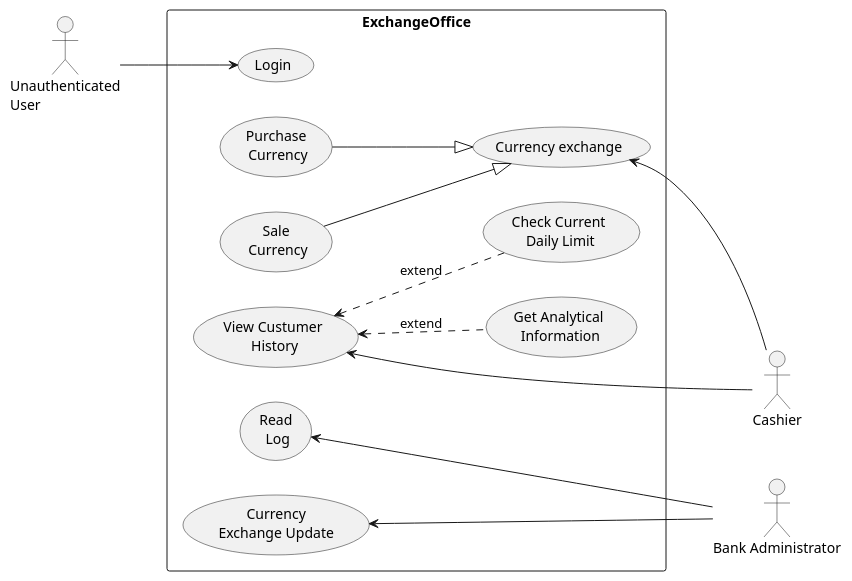
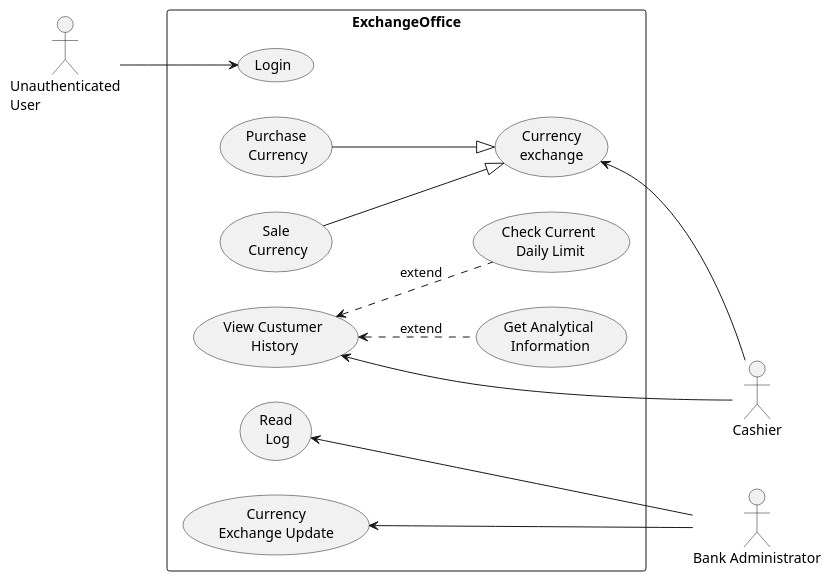
Before and after one commit to DanilaKe/ExchangeOfficeApplication: the diagram in ExchangeOfficeApplication/UML/UseCaseDiagram.puml, drawn with PlantUML. The commit also changed 5 other files, not shown here.

```diff
--- a/ExchangeOfficeApplication/UML/UseCaseDiagram.puml
+++ b/ExchangeOfficeApplication/UML/UseCaseDiagram.puml
@@ -1,22 +1,20 @@
 @startuml
-
-left to right direction
-skinparam packageStyle rectangle
-actor :Unauthenticated\nUser:
-actor Cashier
-actor :Bank Administrator:
-rectangle ExchangeOffice {
-  :Unauthenticated\nUser: --> (Login)
-  
-      (Currency exchange) <-- :Cashier:
-  (Purchase\n Currency) --|> (Currency exchange)
-  (Sale\n Currency) --|> (Currency exchange)
-  (View Custumer\n History) <-- :Cashier:
-  (View Custumer\n History) <.. (Get Analytical\n Information) : ""extend""
-  (View Custumer\n History) <.. (Check Current\n Daily Limit) : ""extend""
-  
-  (Read\n Log) <--- :Bank Administrator:
-  (Currency\nExchange Update) <--- :Bank Administrator:
-}
-
+    left to right direction
+    skinparam packageStyle rectangle
+    actor :Unauthenticated\nUser:
+    actor Cashier
+    actor :Bank Administrator:
+    rectangle ExchangeOffice {
+        :Unauthenticated\nUser: --> (Login)
+      
+        (Currency\nexchange) <-- :Cashier:
+        (Purchase\n Currency) --|> (Currency\nexchange)
+        (Sale\n Currency) --|> (Currency\nexchange)
+        (View Custumer\n History) <-- :Cashier:
+        (View Custumer\n History) <.. (Get Analytical\n Information) : ""extend""
+        (View Custumer\n History) <.. (Check Current\n Daily Limit) : ""extend""
+      
+        (Read\n Log) <--- :Bank Administrator:
+        (Currency\nExchange Update) <--- :Bank Administrator:
+    }
 @enduml
```
